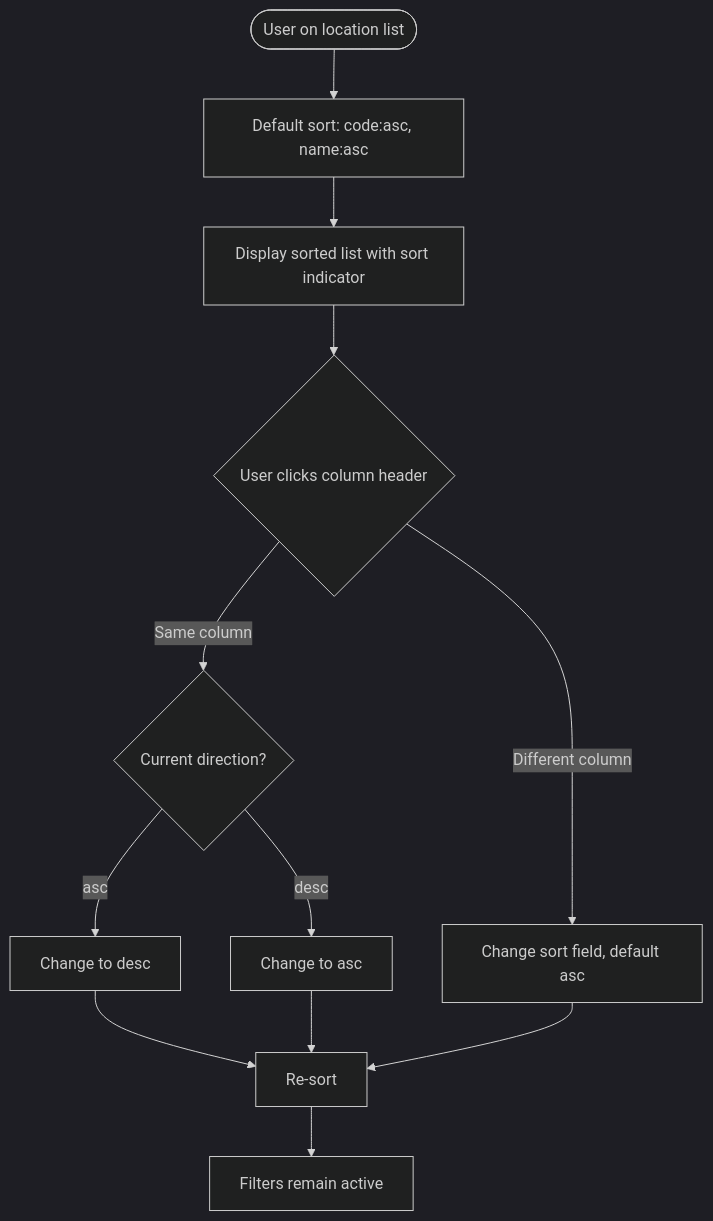
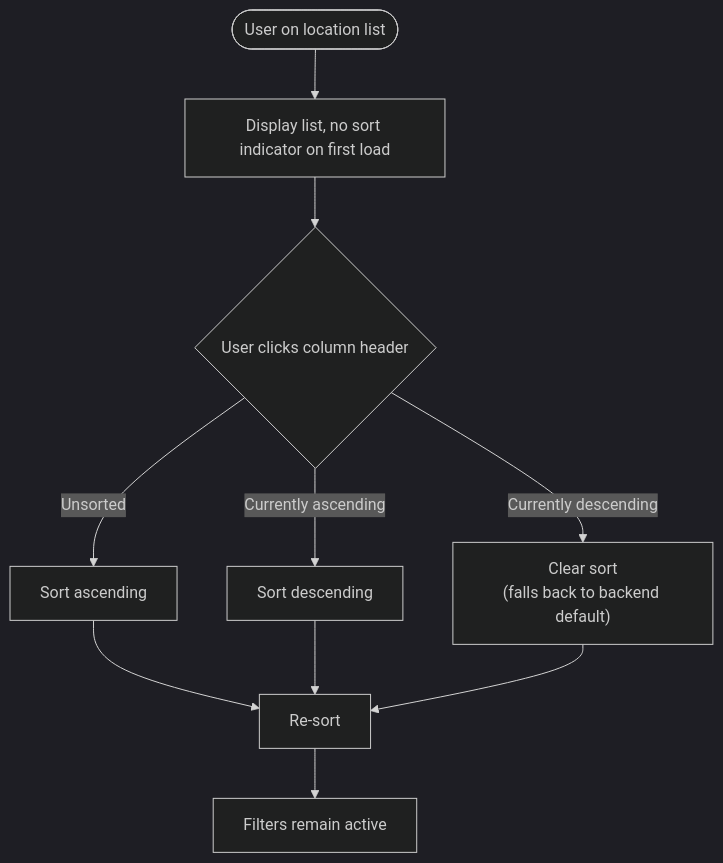
The first of 3 diagrams in en/inventory/master-data/location.md (CarmenSoftware-organization/carmen-wiki), drawn with Mermaid (dark theme) before and after one commit. The commit also changed other lines of this file and 20 other files, not shown here.

Commit message:
fix(product,master-data,recipe): correct 13 diagrams against code, drop disabled-export diagram (review round 1)

````diff
--- a/en/inventory/master-data/location.md
+++ b/en/inventory/master-data/location.md
@@ -44,14 +44,12 @@
 ```mermaid
 flowchart TD
-    Start(["User on location list"]) --> InitialSort["Default sort: code:asc, name:asc"]
-    InitialSort --> DisplayList["Display sorted list with sort indicator"]
+    Start(["User on location list"]) --> DisplayList["Display list, no sort indicator on first load"]
     DisplayList --> UserClick{"User clicks column header"}
-    UserClick -->|"Same column"| CheckDirection{"Current direction?"}
-    CheckDirection -->|"asc"| ReverseSort["Change to desc"]
-    CheckDirection -->|"desc"| ChangeToAsc["Change to asc"]
-    UserClick -->|"Different column"| NewSort["Change sort field, default asc"]
-    ReverseSort --> ReSort["Re-sort"]
-    ChangeToAsc --> ReSort
-    NewSort --> ReSort
+    UserClick -->|"Unsorted"| SetAsc["Sort ascending"]
+    UserClick -->|"Currently ascending"| SetDesc["Sort descending"]
+    UserClick -->|"Currently descending"| ClearSort["Clear sort<br/>(falls back to backend default)"]
+    SetAsc --> ReSort["Re-sort"]
+    SetDesc --> ReSort
+    ClearSort --> ReSort
     ReSort --> MaintainFilters["Filters remain active"]
 ```
````
